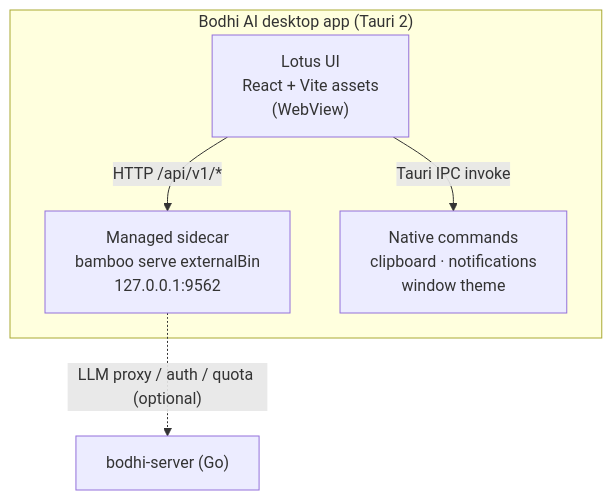
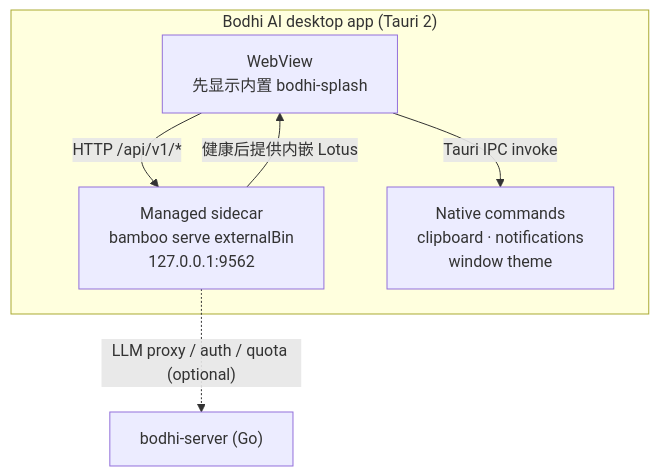
The diagram in README.zh-CN.md (bigduu/Bodhi-AI), drawn with Mermaid before and after one commit. The commit also changed other lines of this file and 1 other file, not shown here.

````diff
--- a/README.zh-CN.md
+++ b/README.zh-CN.md
@@ -39,11 +39,12 @@
 ```mermaid
 graph TD
   subgraph Desktop["Bodhi AI desktop app (Tauri 2)"]
-    L["Lotus UI<br/>React + Vite assets<br/>(WebView)"]
+    W["WebView<br/>先显示内置 bodhi-splash"]
     E["Managed sidecar<br/>bamboo serve externalBin<br/>127.0.0.1:9562"]
     N["Native commands<br/>clipboard · notifications<br/>window theme"]
-    L -- "HTTP /api/v1/*" --> E
-    L -- "Tauri IPC invoke" --> N
+    E -- "健康后提供内嵌 Lotus" --> W
+    W -- "HTTP /api/v1/*" --> E
+    W -- "Tauri IPC invoke" --> N
   end
   E -. "LLM proxy / auth / quota (optional)" .-> S["bodhi-server (Go)"]
 ```
````
